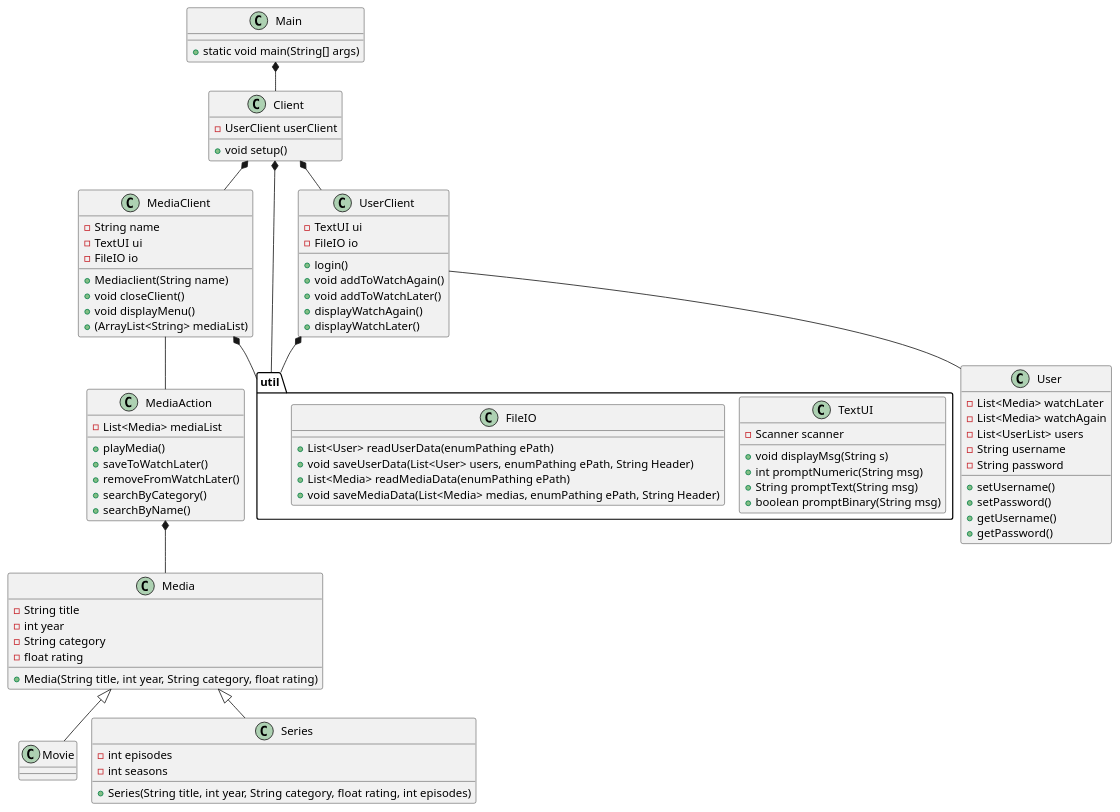
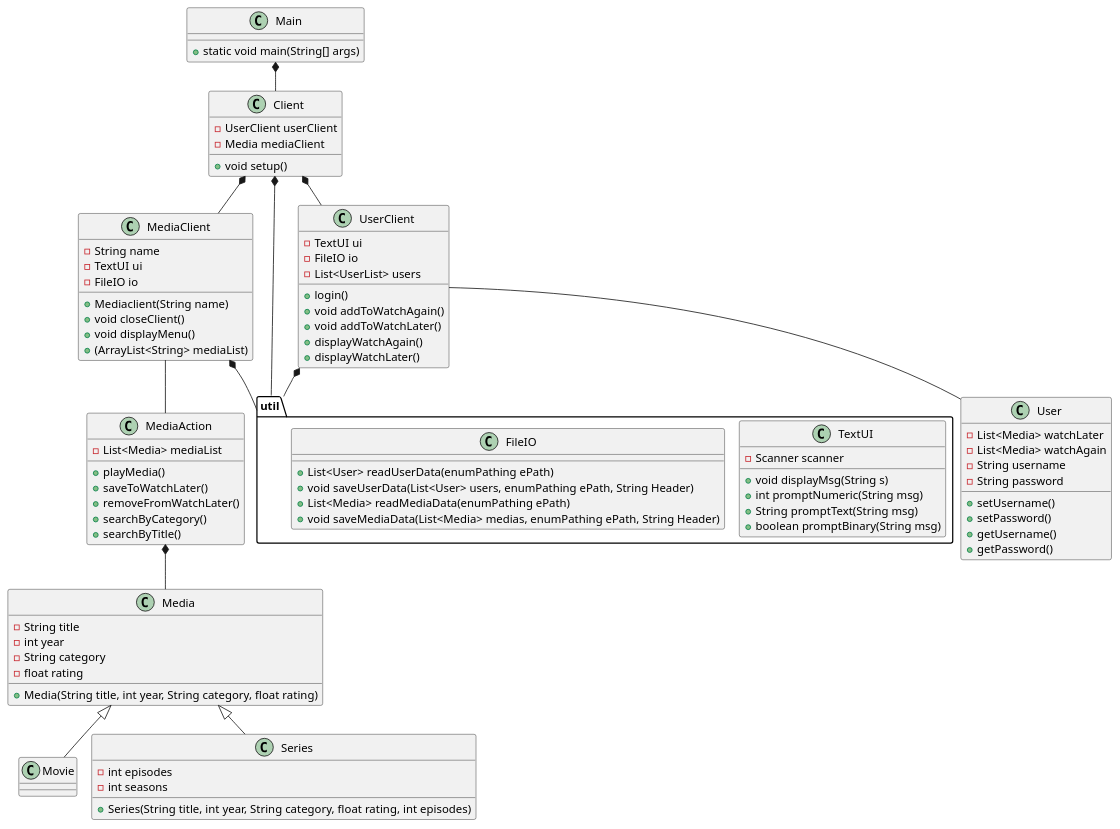
Before and after one commit to b-rino/SP3: the diagram in docs/classdiagram_v0.puml, drawn with PlantUML. The commit also changed 6 other files, not shown here.

Commit message:
mediaClient switch case

```diff
--- a/docs/classdiagram_v0.puml
+++ b/docs/classdiagram_v0.puml
@@ -1,105 +1,105 @@
 @startuml
 !pragma layout smetana
 
 class Main{
 + static void main(String[] args)
 }
 
 class Client{
 -UserClient userClient
+- Media mediaClient
 +void setup()
 }
 
 class Media{
 - String title
 - int year
 - String category
 - float rating
 +Media(String title, int year, String category, float rating)
 
 }
 
 class MediaClient{
 -String name
 -TextUI ui
 -FileIO io
 +Mediaclient(String name)
 +void closeClient()
 +void displayMenu()
 +(ArrayList<String> mediaList)
 
 }
 class MediaAction{
 -List<Media> mediaList
 +playMedia()
 +saveToWatchLater()
 +removeFromWatchLater()
 +searchByCategory()
-+searchByName()
++searchByTitle()
 }
 
 class User{
 -List<Media> watchLater
 -List<Media> watchAgain
--List<UserList> users
 -String username
 -String password
 +setUsername()
 +setPassword()
 +getUsername()
 +getPassword()
 }
 
 
 class Movie{
 }
 
 class Series{
 - int episodes
 - int seasons
 +Series(String title, int year, String category, float rating, int episodes)
 }
 
 
 class UserClient{
 -TextUI ui
 -FileIO io
-'+createUser() en del af login
+-List<UserList> users
 +login()
 +void addToWatchAgain()
 +void addToWatchLater()
 +displayWatchAgain()
 +displayWatchLater()
 }
 
 
 package "util" {
 class TextUI{
 - Scanner scanner
 
 +void displayMsg(String s)
 +int promptNumeric(String msg)
 +String promptText(String msg)
 +boolean promptBinary(String msg)
 }
 class FileIO{
 +List<User> readUserData(enumPathing ePath)
 +void saveUserData(List<User> users, enumPathing ePath, String Header)
 +List<Media> readMediaData(enumPathing ePath)
 +void saveMediaData(List<Media> medias, enumPathing ePath, String Header)
 }
 }
 
 MediaAction *-- Media
 Media<|--Series
 Media <|-- Movie
 Client *-- MediaClient
 MediaClient *-- "util"
 MediaClient -- MediaAction
 Client *-- UserClient
 UserClient -- User
 UserClient *--"util"
 Main *-- Client
 Client *-- "util"
 
 @enduml
```
